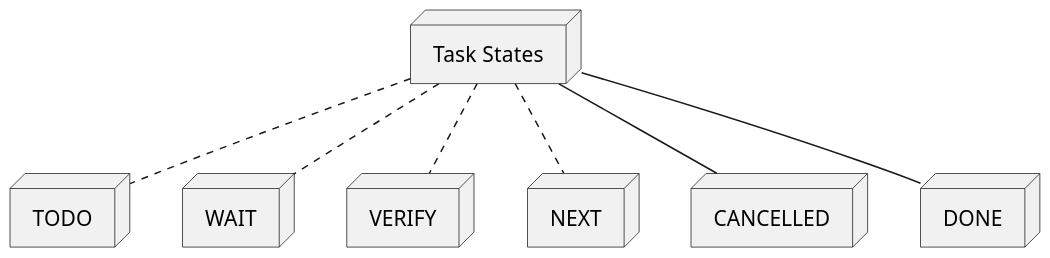
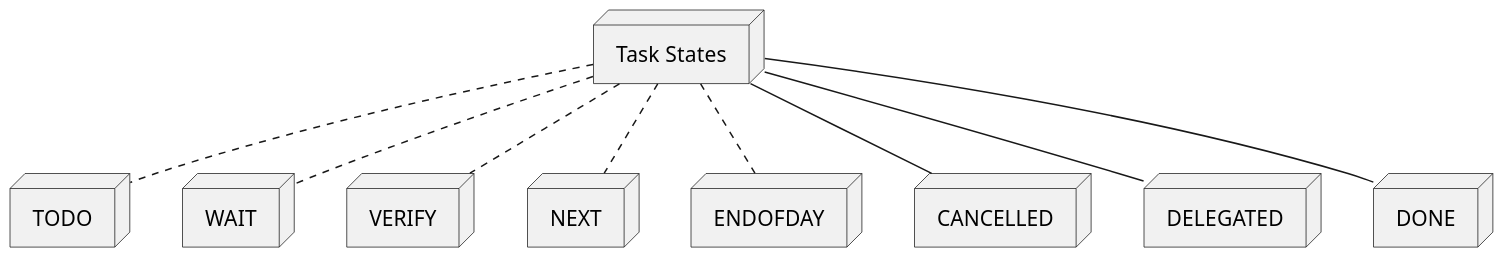
Before and after one commit to fabrik42/.spacemacs.d: the first of 2 diagrams in config/my-org-config.org, drawn with PlantUML. The commit also changed other lines of this file and 4 other files, not shown here.

Commit message:
Update plantuml images

```diff
--- a/config/my-org-config.org
+++ b/config/my-org-config.org
@@ -15,33 +15,41 @@
 #+BEGIN_SRC plantuml :file images/task_states.png :cache yes :tangle no
   skinparam monochrome true
   skinparam backgroundcolor transparent
   scale 1.5
 
   node task [
     Task States
   ]
   node state1 [
     TODO
   ]
   node state2 [
     WAIT
   ]
   node state3 [
    VERIFY
   ]
   node state4 [
    NEXT
   ]
   node state5 [
+   ENDOFDAY
+  ]
+  node state6 [
     CANCELLED
   ]
-  node state6 [
+  node state7 [
+    DELEGATED
+  ]
+  node state8 [
     DONE
   ]
   task .. state1
   task .. state2
   task .. state3
   task .. state4
-  task -- state5
+  task .. state5
   task -- state6
+  task -- state7
+  task -- state8
 #+END_SRC
```
